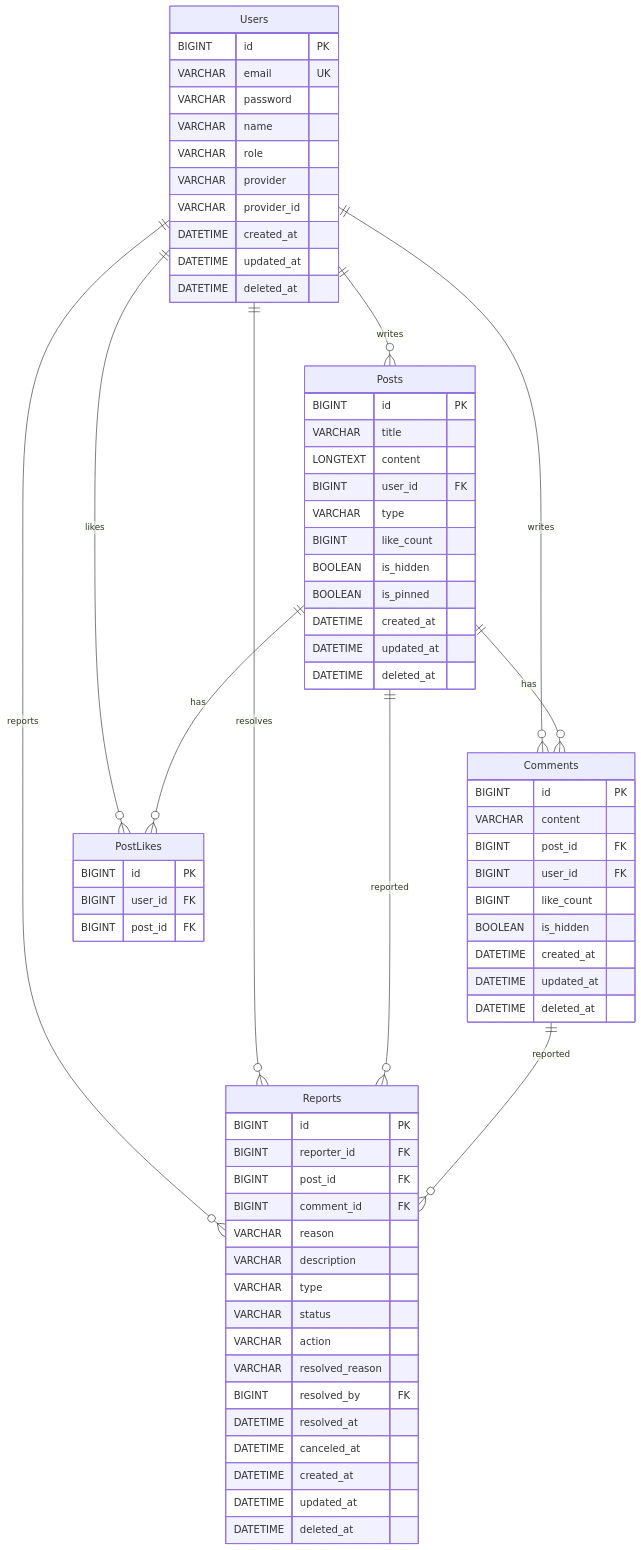
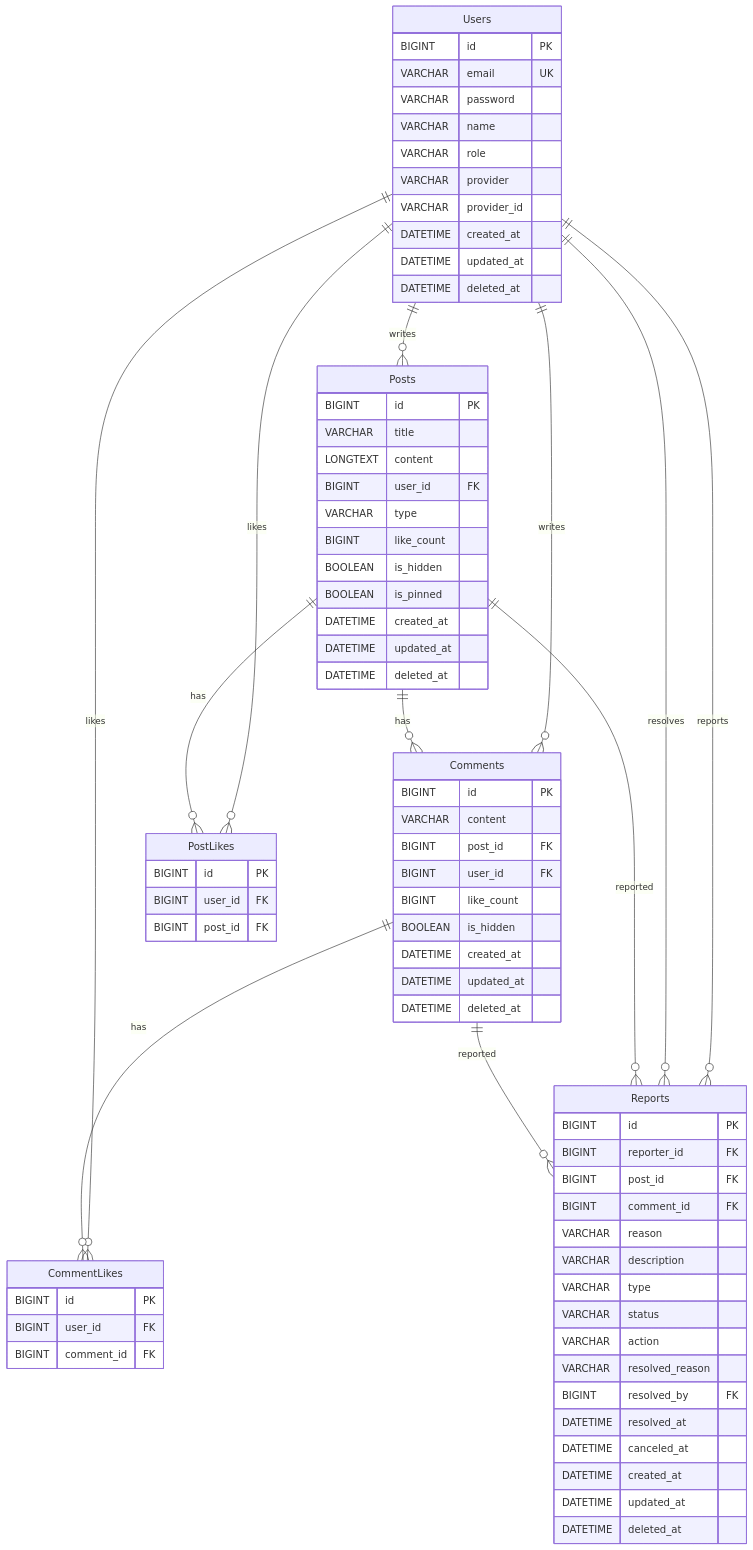
One commit to bhoon716/wsd-community changed the diagram in docs/db-schema.md. Above: the diagram before and after it, drawn with Mermaid. The commit also changed other lines of this file and 16 other files, not shown here.

````diff
--- a/docs/db-schema.md
+++ b/docs/db-schema.md
@@ -74,9 +74,16 @@
         BIGINT post_id FK
     }
 
+    CommentLikes {
+        BIGINT id PK
+        BIGINT user_id FK
+        BIGINT comment_id FK
+    }
+
     Users ||--o{ Posts : writes
     Users ||--o{ Comments : writes
     Users ||--o{ PostLikes : likes
+    Users ||--o{ CommentLikes : likes
     Users ||--o{ Reports : reports
     Users ||--o{ Reports : resolves
 
@@ -84,5 +91,6 @@
     Posts ||--o{ PostLikes : has
     Posts ||--o{ Reports : reported
 
+    Comments ||--o{ CommentLikes : has
     Comments ||--o{ Reports : reported
 ```
````
